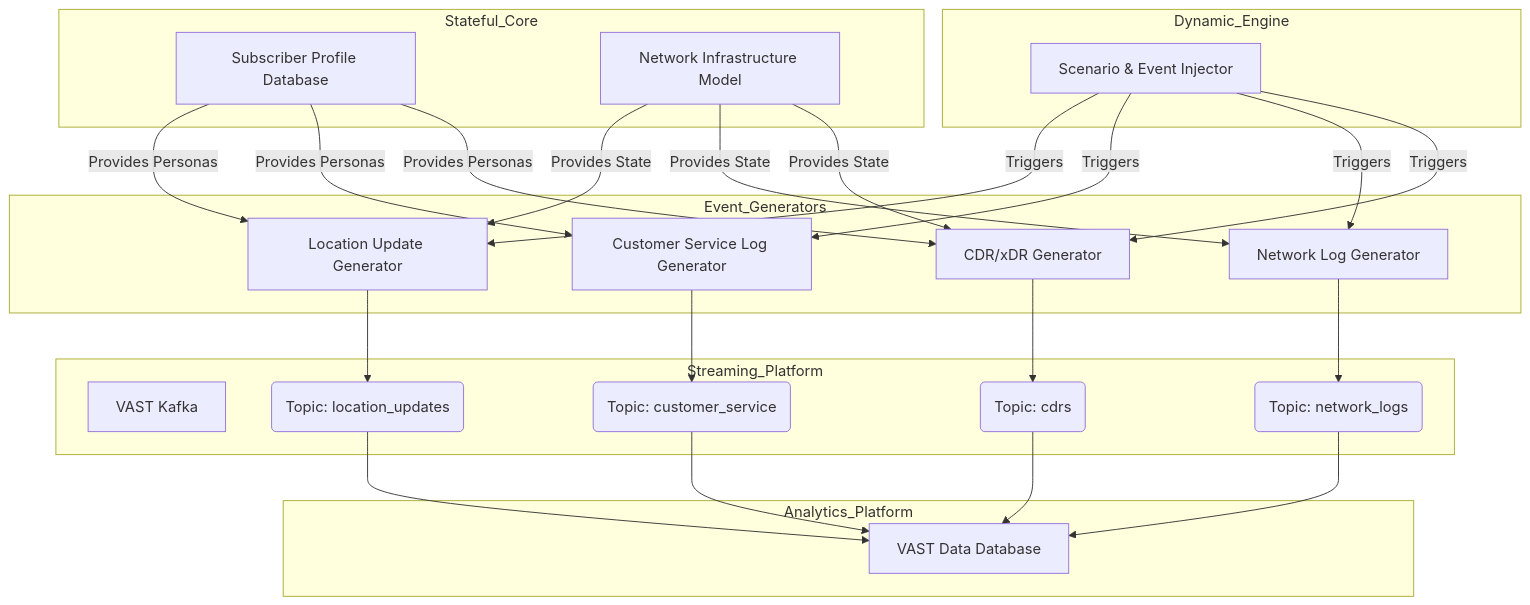
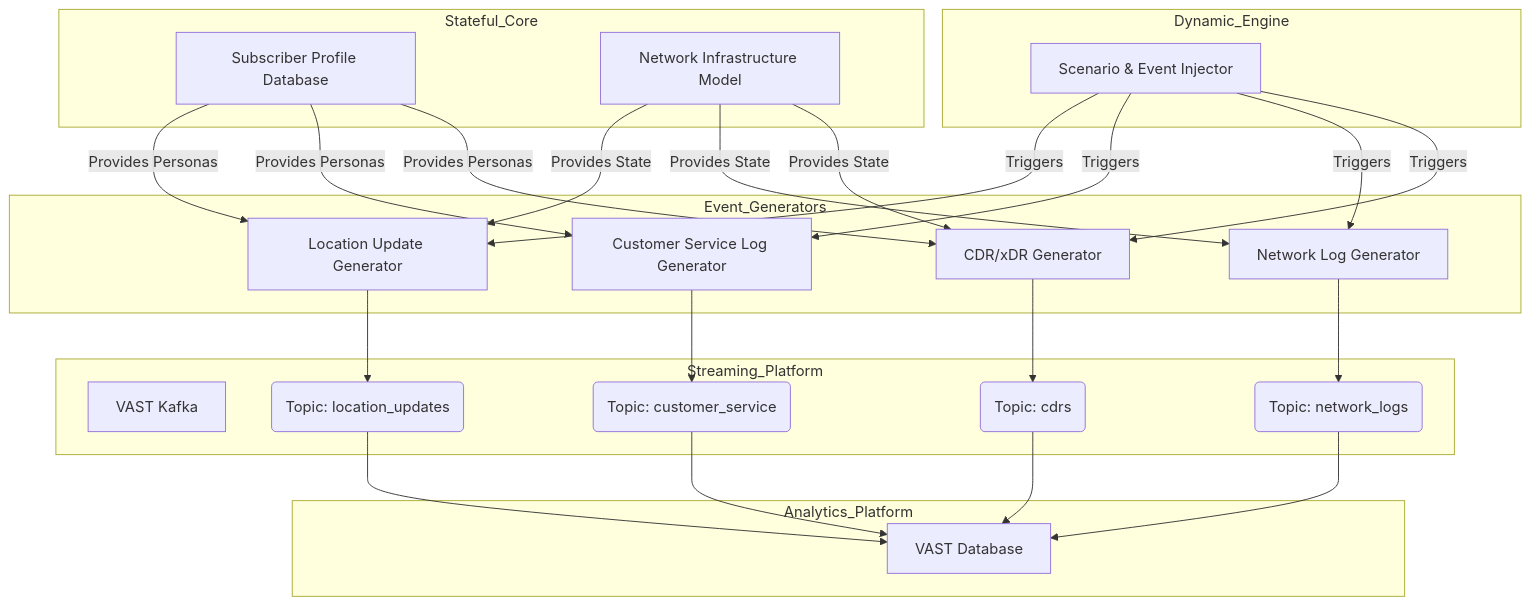
One commit to snowch/vast_cdr_analytics_demo changed the diagram in design.md. Above: the diagram before and after it, drawn with Mermaid. The commit also changed other lines of this file, not shown here.

````diff
--- a/design.md
+++ b/design.md
@@ -21,52 +21,52 @@
 ```mermaid
 graph TD
     subgraph Stateful_Core
         A[Subscriber Profile Database]
         B[Network Infrastructure Model]
     end
 
     subgraph Dynamic_Engine
         C[Scenario & Event Injector]
     end
 
     subgraph Event_Generators
         D[CDR/xDR Generator]
         E[Network Log Generator]
         F[Customer Service Log Generator]
         G[Location Update Generator]
     end
 
     subgraph Streaming_Platform
         H[VAST Kafka]
         H1(Topic: cdrs)
         H2(Topic: network_logs)
         H3(Topic: customer_service)
         H4(Topic: location_updates)
     end
 
     subgraph Analytics_Platform
-        I[VAST Data Database]
+        I[VAST Database]
     end
 
     C --Triggers--> D
     C --Triggers--> E
     C --Triggers--> F
     C --Triggers--> G
 
     A --Provides Personas--> D
     A --Provides Personas--> F
     A --Provides Personas--> G
     B --Provides State--> D
     B --Provides State--> E
     B --Provides State--> G
 
     D --> H1
     E --> H2
     F --> H3
     G --> H4
 
     H1 --> I
     H2 --> I
     H3 --> I
     H4 --> I
 ```
````
